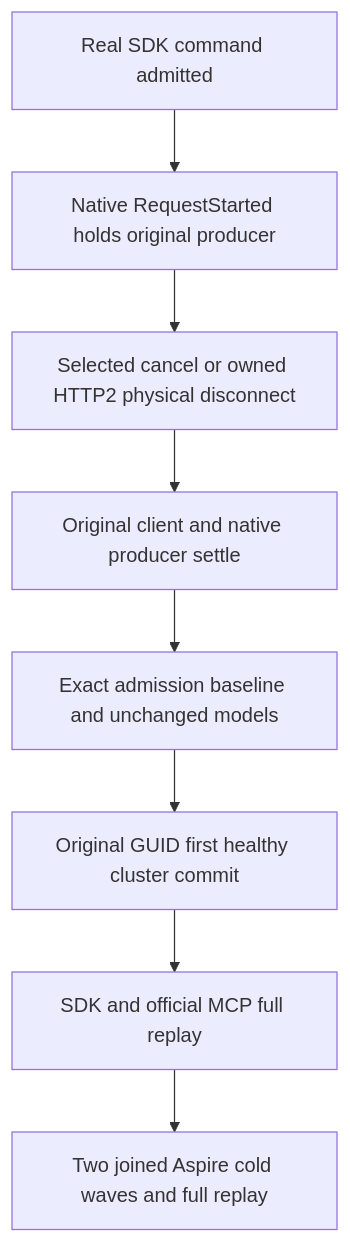
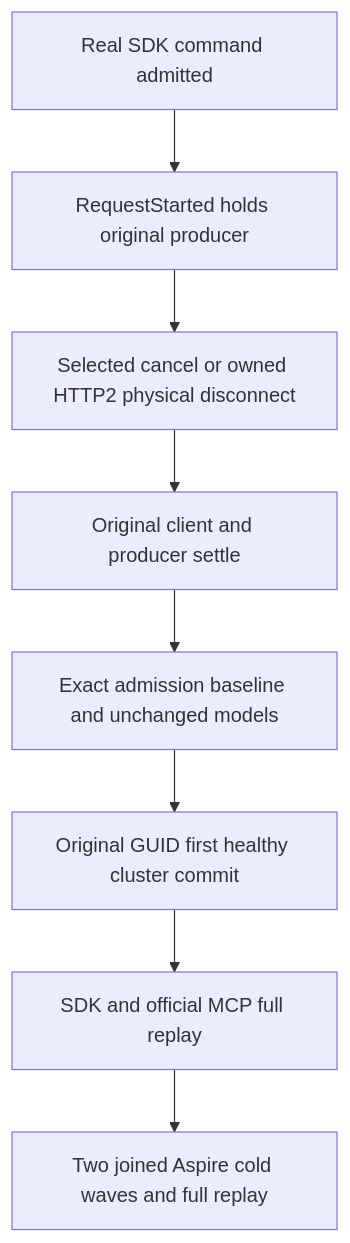
One commit to managedcode/KeyLoad changed the diagram in docs/Features/ResourceExecution/PostDispatchAdmissionReturn.md. Above: the diagram before and after it, drawn with Mermaid. The commit also changed other lines of this file and 9016 other files, not shown here.

````diff
--- a/docs/Features/ResourceExecution/PostDispatchAdmissionReturn.md
+++ b/docs/Features/ResourceExecution/PostDispatchAdmissionReturn.md
@@ -43,10 +43,10 @@
 ```mermaid
 flowchart TD
- A[Real SDK command admitted] --> B[Native RequestStarted holds original producer]
+ A[Real SDK command admitted] --> B[RequestStarted holds original producer]
  B --> C[Selected cancel or owned HTTP2 physical disconnect]
- C --> D[Original client and native producer settle]
+ C --> D[Original client and producer settle]
  D --> E[Exact admission baseline and unchanged models]
  E --> F[Original GUID first healthy cluster commit]
  F --> G[SDK and official MCP full replay]
  G --> H[Two joined Aspire cold waves and full replay]
 ```
````
